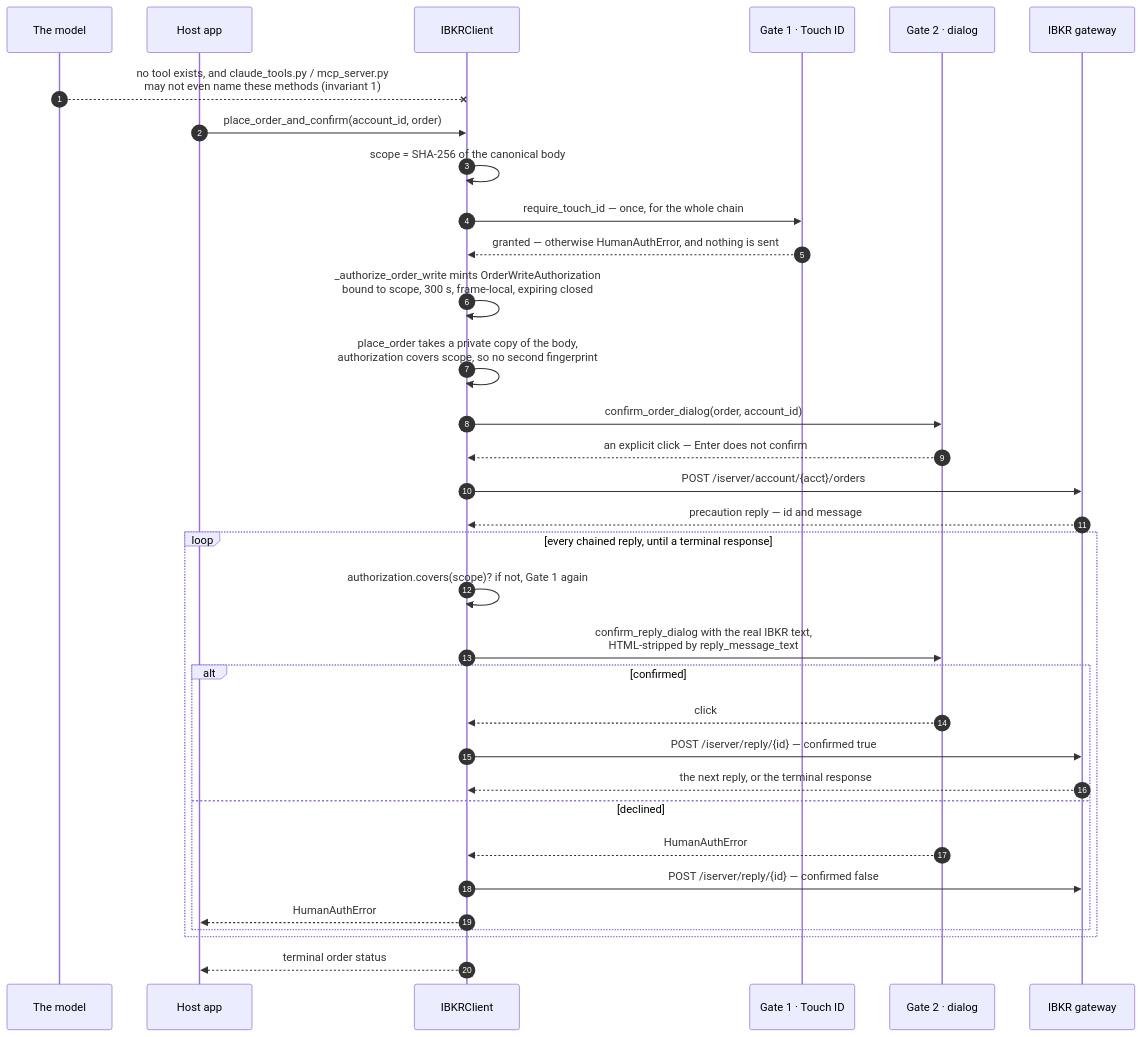
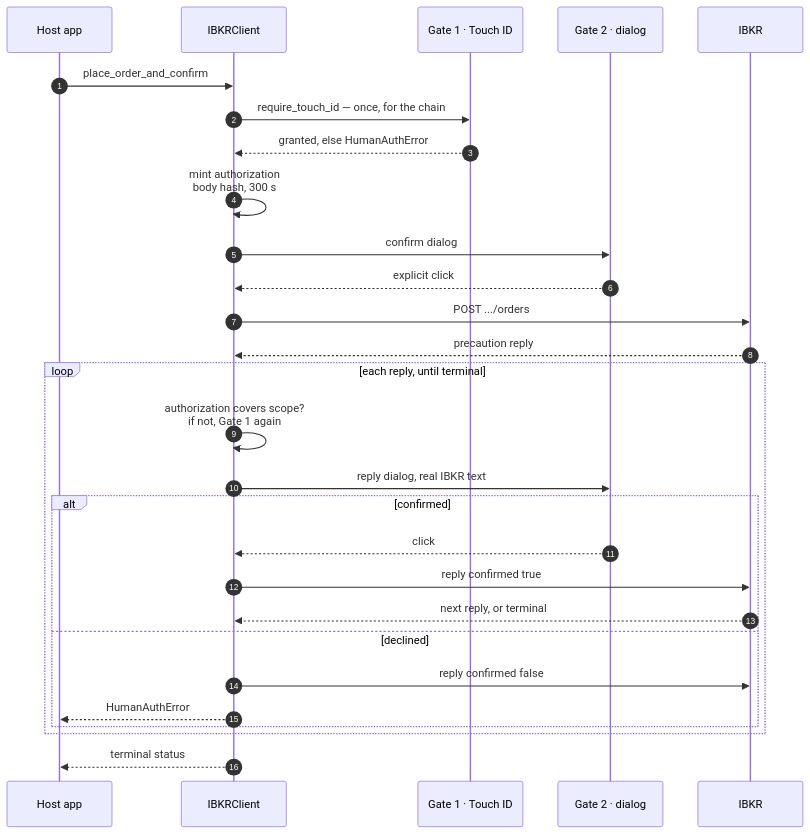
One commit to stephus182/ibkr_core_mcp changed the second of 5 diagrams in docs/security-architecture.md. Above: the diagram before and after it, drawn with Mermaid. The commit also changed other lines of this file, not shown here.

First line of the commit message:
docs(security): cut the §3 diagram; hold the rest to "readable at a glance"

````diff
--- a/docs/security-architecture.md
+++ b/docs/security-architecture.md
@@ -281,38 +222,32 @@
 ```mermaid
 sequenceDiagram
     autonumber
-    participant M as The model
     participant App as Host app
     participant C as IBKRClient
     participant G1 as Gate 1 · Touch ID
     participant G2 as Gate 2 · dialog
-    participant IB as IBKR gateway
+    participant IB as IBKR
 
-    M--xC: no tool exists, and claude_tools.py / mcp_server.py<br/>may not even name these methods (invariant 1)
+    App->>C: place_order_and_confirm
+    C->>G1: require_touch_id — once, for the chain
+    G1-->>C: granted, else HumanAuthError
+    C->>C: mint authorization<br/>body hash, 300 s
+    C->>G2: confirm dialog
+    G2-->>C: explicit click
+    C->>IB: POST .../orders
+    IB-->>C: precaution reply
 
-    App->>C: place_order_and_confirm(account_id, order)
-    C->>C: scope = SHA-256 of the canonical body
-    C->>G1: require_touch_id — once, for the whole chain
-    G1-->>C: granted — otherwise HumanAuthError, and nothing is sent
-    C->>C: _authorize_order_write mints OrderWriteAuthorization<br/>bound to scope, 300 s, frame-local, expiring closed
-    C->>C: place_order takes a private copy of the body,<br/>authorization covers scope, so no second fingerprint
-    C->>G2: confirm_order_dialog(order, account_id)
-    G2-->>C: an explicit click — Enter does not confirm
-    C->>IB: POST /iserver/account/{acct}/orders
-    IB-->>C: precaution reply — id and message
-
-    loop every chained reply, until a terminal response
-        C->>C: authorization.covers(scope)? if not, Gate 1 again
-        C->>G2: confirm_reply_dialog with the real IBKR text,<br/>HTML-stripped by reply_message_text
+    loop each reply, until terminal
+        C->>C: authorization covers scope?<br/>if not, Gate 1 again
+        C->>G2: reply dialog, real IBKR text
         alt confirmed
             G2-->>C: click
-            C->>IB: POST /iserver/reply/{id} — confirmed true
-            IB-->>C: the next reply, or the terminal response
+            C->>IB: reply confirmed true
+            IB-->>C: next reply, or terminal
         else declined
-            G2-->>C: HumanAuthError
-            C->>IB: POST /iserver/reply/{id} — confirmed false
+            C->>IB: reply confirmed false
             C-->>App: HumanAuthError
         end
     end
-    C-->>App: terminal order status
+    C-->>App: terminal status
 ```
````
